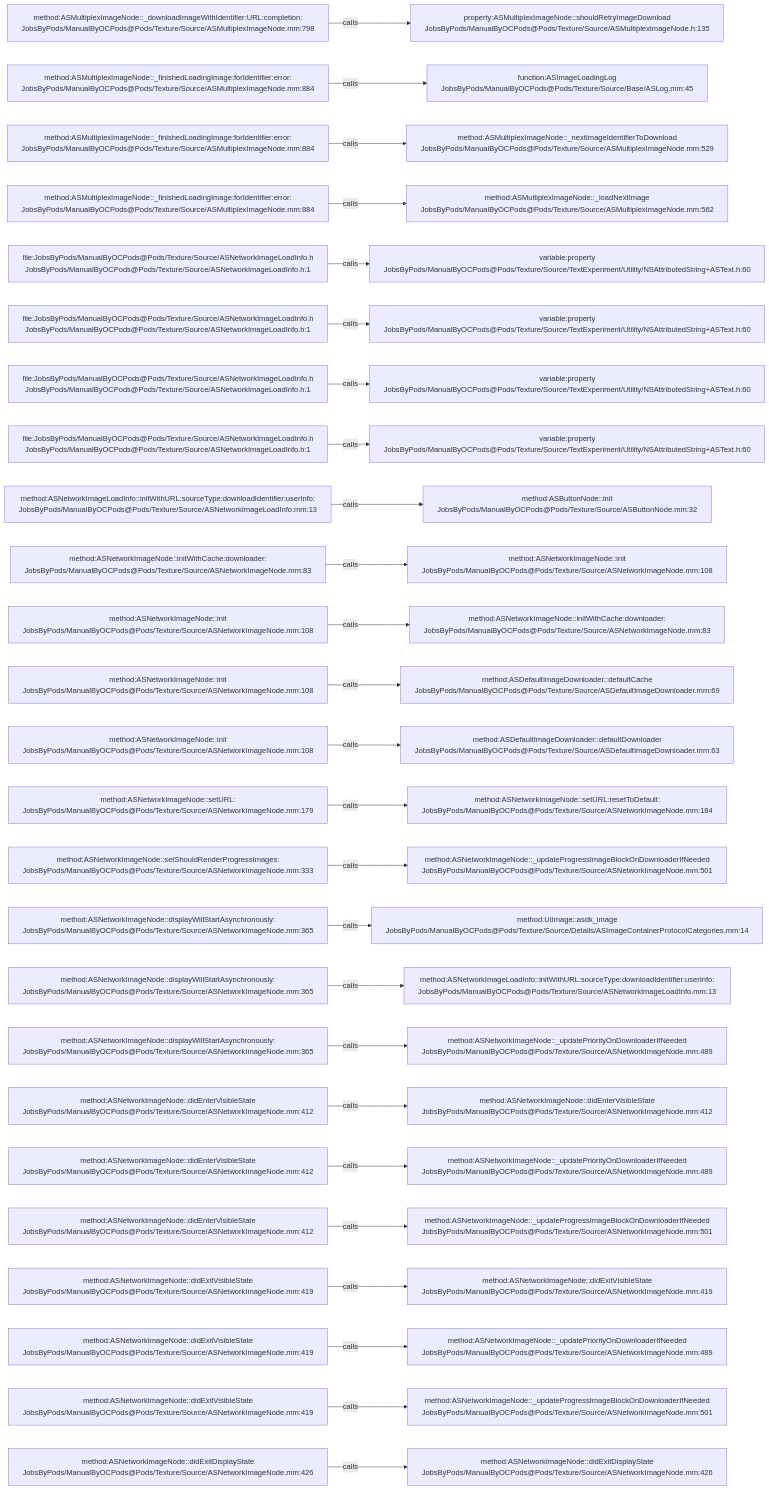
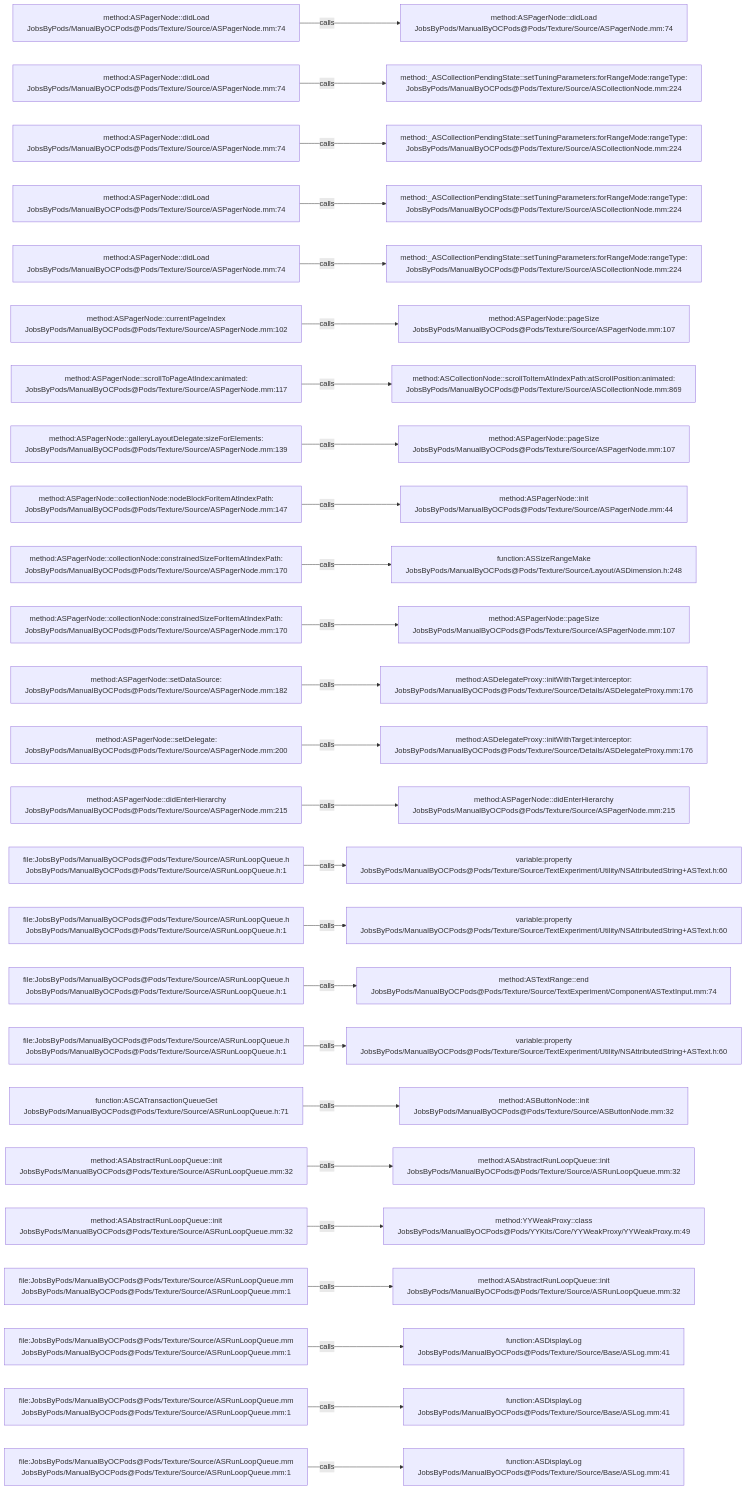
One commit to JobsKits/JobsOCBaseConfigDemo changed the diagram in .codegraph/codegraph.md/graphs/calls-118.md. Above: the diagram before and after it, drawn with Mermaid. The commit also changed 1353 other files, not shown here.

````diff
--- a/.codegraph/codegraph.md/graphs/calls-118.md
+++ b/.codegraph/codegraph.md/graphs/calls-118.md
@@ -13,78 +13,78 @@
 ```mermaid
 flowchart LR
-  S1["method:ASMultiplexImageNode::_downloadImageWithIdentifier:URL:completion:<br/>JobsByPods/ManualByOCPods@Pods/Texture/Source/ASMultiplexImageNode.mm:798"]
-  T1["property:ASMultiplexImageNode::shouldRetryImageDownload<br/>JobsByPods/ManualByOCPods@Pods/Texture/Source/ASMultiplexImageNode.h:135"]
+  S1["method:ASPagerNode::didLoad<br/>JobsByPods/ManualByOCPods@Pods/Texture/Source/ASPagerNode.mm:74"]
+  T1["method:ASPagerNode::didLoad<br/>JobsByPods/ManualByOCPods@Pods/Texture/Source/ASPagerNode.mm:74"]
   S1 -->|calls| T1
-  S2["method:ASMultiplexImageNode::_finishedLoadingImage:forIdentifier:error:<br/>JobsByPods/ManualByOCPods@Pods/Texture/Source/ASMultiplexImageNode.mm:884"]
-  T2["function:ASImageLoadingLog<br/>JobsByPods/ManualByOCPods@Pods/Texture/Source/Base/ASLog.mm:45"]
+  S2["method:ASPagerNode::didLoad<br/>JobsByPods/ManualByOCPods@Pods/Texture/Source/ASPagerNode.mm:74"]
+  T2["method:_ASCollectionPendingState::setTuningParameters:forRangeMode:rangeType:<br/>JobsByPods/ManualByOCPods@Pods/Texture/Source/ASCollectionNode.mm:224"]
   S2 -->|calls| T2
-  S3["method:ASMultiplexImageNode::_finishedLoadingImage:forIdentifier:error:<br/>JobsByPods/ManualByOCPods@Pods/Texture/Source/ASMultiplexImageNode.mm:884"]
-  T3["method:ASMultiplexImageNode::_nextImageIdentifierToDownload<br/>JobsByPods/ManualByOCPods@Pods/Texture/Source/ASMultiplexImageNode.mm:529"]
+  S3["method:ASPagerNode::didLoad<br/>JobsByPods/ManualByOCPods@Pods/Texture/Source/ASPagerNode.mm:74"]
+  T3["method:_ASCollectionPendingState::setTuningParameters:forRangeMode:rangeType:<br/>JobsByPods/ManualByOCPods@Pods/Texture/Source/ASCollectionNode.mm:224"]
   S3 -->|calls| T3
-  S4["method:ASMultiplexImageNode::_finishedLoadingImage:forIdentifier:error:<br/>JobsByPods/ManualByOCPods@Pods/Texture/Source/ASMultiplexImageNode.mm:884"]
-  T4["method:ASMultiplexImageNode::_loadNextImage<br/>JobsByPods/ManualByOCPods@Pods/Texture/Source/ASMultiplexImageNode.mm:562"]
+  S4["method:ASPagerNode::didLoad<br/>JobsByPods/ManualByOCPods@Pods/Texture/Source/ASPagerNode.mm:74"]
+  T4["method:_ASCollectionPendingState::setTuningParameters:forRangeMode:rangeType:<br/>JobsByPods/ManualByOCPods@Pods/Texture/Source/ASCollectionNode.mm:224"]
   S4 -->|calls| T4
-  S5["file:JobsByPods/ManualByOCPods@Pods/Texture/Source/ASNetworkImageLoadInfo.h<br/>JobsByPods/ManualByOCPods@Pods/Texture/Source/ASNetworkImageLoadInfo.h:1"]
-  T5["variable:property<br/>JobsByPods/ManualByOCPods@Pods/Texture/Source/TextExperiment/Utility/NSAttributedString+ASText.h:60"]
+  S5["method:ASPagerNode::didLoad<br/>JobsByPods/ManualByOCPods@Pods/Texture/Source/ASPagerNode.mm:74"]
+  T5["method:_ASCollectionPendingState::setTuningParameters:forRangeMode:rangeType:<br/>JobsByPods/ManualByOCPods@Pods/Texture/Source/ASCollectionNode.mm:224"]
   S5 -->|calls| T5
-  S6["file:JobsByPods/ManualByOCPods@Pods/Texture/Source/ASNetworkImageLoadInfo.h<br/>JobsByPods/ManualByOCPods@Pods/Texture/Source/ASNetworkImageLoadInfo.h:1"]
-  T6["variable:property<br/>JobsByPods/ManualByOCPods@Pods/Texture/Source/TextExperiment/Utility/NSAttributedString+ASText.h:60"]
+  S6["method:ASPagerNode::currentPageIndex<br/>JobsByPods/ManualByOCPods@Pods/Texture/Source/ASPagerNode.mm:102"]
+  T6["method:ASPagerNode::pageSize<br/>JobsByPods/ManualByOCPods@Pods/Texture/Source/ASPagerNode.mm:107"]
   S6 -->|calls| T6
-  S7["file:JobsByPods/ManualByOCPods@Pods/Texture/Source/ASNetworkImageLoadInfo.h<br/>JobsByPods/ManualByOCPods@Pods/Texture/Source/ASNetworkImageLoadInfo.h:1"]
-  T7["variable:property<br/>JobsByPods/ManualByOCPods@Pods/Texture/Source/TextExperiment/Utility/NSAttributedString+ASText.h:60"]
+  S7["method:ASPagerNode::scrollToPageAtIndex:animated:<br/>JobsByPods/ManualByOCPods@Pods/Texture/Source/ASPagerNode.mm:117"]
+  T7["method:ASCollectionNode::scrollToItemAtIndexPath:atScrollPosition:animated:<br/>JobsByPods/ManualByOCPods@Pods/Texture/Source/ASCollectionNode.mm:869"]
   S7 -->|calls| T7
-  S8["file:JobsByPods/ManualByOCPods@Pods/Texture/Source/ASNetworkImageLoadInfo.h<br/>JobsByPods/ManualByOCPods@Pods/Texture/Source/ASNetworkImageLoadInfo.h:1"]
-  T8["variable:property<br/>JobsByPods/ManualByOCPods@Pods/Texture/Source/TextExperiment/Utility/NSAttributedString+ASText.h:60"]
+  S8["method:ASPagerNode::galleryLayoutDelegate:sizeForElements:<br/>JobsByPods/ManualByOCPods@Pods/Texture/Source/ASPagerNode.mm:139"]
+  T8["method:ASPagerNode::pageSize<br/>JobsByPods/ManualByOCPods@Pods/Texture/Source/ASPagerNode.mm:107"]
   S8 -->|calls| T8
-  S9["method:ASNetworkImageLoadInfo::initWithURL:sourceType:downloadIdentifier:userInfo:<br/>JobsByPods/ManualByOCPods@Pods/Texture/Source/ASNetworkImageLoadInfo.mm:13"]
-  T9["method:ASButtonNode::init<br/>JobsByPods/ManualByOCPods@Pods/Texture/Source/ASButtonNode.mm:32"]
+  S9["method:ASPagerNode::collectionNode:nodeBlockForItemAtIndexPath:<br/>JobsByPods/ManualByOCPods@Pods/Texture/Source/ASPagerNode.mm:147"]
+  T9["method:ASPagerNode::init<br/>JobsByPods/ManualByOCPods@Pods/Texture/Source/ASPagerNode.mm:44"]
   S9 -->|calls| T9
-  S10["method:ASNetworkImageNode::initWithCache:downloader:<br/>JobsByPods/ManualByOCPods@Pods/Texture/Source/ASNetworkImageNode.mm:83"]
-  T10["method:ASNetworkImageNode::init<br/>JobsByPods/ManualByOCPods@Pods/Texture/Source/ASNetworkImageNode.mm:108"]
+  S10["method:ASPagerNode::collectionNode:constrainedSizeForItemAtIndexPath:<br/>JobsByPods/ManualByOCPods@Pods/Texture/Source/ASPagerNode.mm:170"]
+  T10["function:ASSizeRangeMake<br/>JobsByPods/ManualByOCPods@Pods/Texture/Source/Layout/ASDimension.h:248"]
   S10 -->|calls| T10
-  S11["method:ASNetworkImageNode::init<br/>JobsByPods/ManualByOCPods@Pods/Texture/Source/ASNetworkImageNode.mm:108"]
-  T11["method:ASNetworkImageNode::initWithCache:downloader:<br/>JobsByPods/ManualByOCPods@Pods/Texture/Source/ASNetworkImageNode.mm:83"]
+  S11["method:ASPagerNode::collectionNode:constrainedSizeForItemAtIndexPath:<br/>JobsByPods/ManualByOCPods@Pods/Texture/Source/ASPagerNode.mm:170"]
+  T11["method:ASPagerNode::pageSize<br/>JobsByPods/ManualByOCPods@Pods/Texture/Source/ASPagerNode.mm:107"]
   S11 -->|calls| T11
-  S12["method:ASNetworkImageNode::init<br/>JobsByPods/ManualByOCPods@Pods/Texture/Source/ASNetworkImageNode.mm:108"]
-  T12["method:ASDefaultImageDownloader::defaultCache<br/>JobsByPods/ManualByOCPods@Pods/Texture/Source/ASDefaultImageDownloader.mm:69"]
+  S12["method:ASPagerNode::setDataSource:<br/>JobsByPods/ManualByOCPods@Pods/Texture/Source/ASPagerNode.mm:182"]
+  T12["method:ASDelegateProxy::initWithTarget:interceptor:<br/>JobsByPods/ManualByOCPods@Pods/Texture/Source/Details/ASDelegateProxy.mm:176"]
   S12 -->|calls| T12
-  S13["method:ASNetworkImageNode::init<br/>JobsByPods/ManualByOCPods@Pods/Texture/Source/ASNetworkImageNode.mm:108"]
-  T13["method:ASDefaultImageDownloader::defaultDownloader<br/>JobsByPods/ManualByOCPods@Pods/Texture/Source/ASDefaultImageDownloader.mm:63"]
+  S13["method:ASPagerNode::setDelegate:<br/>JobsByPods/ManualByOCPods@Pods/Texture/Source/ASPagerNode.mm:200"]
+  T13["method:ASDelegateProxy::initWithTarget:interceptor:<br/>JobsByPods/ManualByOCPods@Pods/Texture/Source/Details/ASDelegateProxy.mm:176"]
   S13 -->|calls| T13
-  S14["method:ASNetworkImageNode::setURL:<br/>JobsByPods/ManualByOCPods@Pods/Texture/Source/ASNetworkImageNode.mm:179"]
-  T14["method:ASNetworkImageNode::setURL:resetToDefault:<br/>JobsByPods/ManualByOCPods@Pods/Texture/Source/ASNetworkImageNode.mm:184"]
+  S14["method:ASPagerNode::didEnterHierarchy<br/>JobsByPods/ManualByOCPods@Pods/Texture/Source/ASPagerNode.mm:215"]
+  T14["method:ASPagerNode::didEnterHierarchy<br/>JobsByPods/ManualByOCPods@Pods/Texture/Source/ASPagerNode.mm:215"]
   S14 -->|calls| T14
-  S15["method:ASNetworkImageNode::setShouldRenderProgressImages:<br/>JobsByPods/ManualByOCPods@Pods/Texture/Source/ASNetworkImageNode.mm:333"]
-  T15["method:ASNetworkImageNode::_updateProgressImageBlockOnDownloaderIfNeeded<br/>JobsByPods/ManualByOCPods@Pods/Texture/Source/ASNetworkImageNode.mm:501"]
+  S15["file:JobsByPods/ManualByOCPods@Pods/Texture/Source/ASRunLoopQueue.h<br/>JobsByPods/ManualByOCPods@Pods/Texture/Source/ASRunLoopQueue.h:1"]
+  T15["variable:property<br/>JobsByPods/ManualByOCPods@Pods/Texture/Source/TextExperiment/Utility/NSAttributedString+ASText.h:60"]
   S15 -->|calls| T15
-  S16["method:ASNetworkImageNode::displayWillStartAsynchronously:<br/>JobsByPods/ManualByOCPods@Pods/Texture/Source/ASNetworkImageNode.mm:365"]
-  T16["method:UIImage::asdk_image<br/>JobsByPods/ManualByOCPods@Pods/Texture/Source/Details/ASImageContainerProtocolCategories.mm:14"]
+  S16["file:JobsByPods/ManualByOCPods@Pods/Texture/Source/ASRunLoopQueue.h<br/>JobsByPods/ManualByOCPods@Pods/Texture/Source/ASRunLoopQueue.h:1"]
+  T16["variable:property<br/>JobsByPods/ManualByOCPods@Pods/Texture/Source/TextExperiment/Utility/NSAttributedString+ASText.h:60"]
   S16 -->|calls| T16
-  S17["method:ASNetworkImageNode::displayWillStartAsynchronously:<br/>JobsByPods/ManualByOCPods@Pods/Texture/Source/ASNetworkImageNode.mm:365"]
-  T17["method:ASNetworkImageLoadInfo::initWithURL:sourceType:downloadIdentifier:userInfo:<br/>JobsByPods/ManualByOCPods@Pods/Texture/Source/ASNetworkImageLoadInfo.mm:13"]
+  S17["file:JobsByPods/ManualByOCPods@Pods/Texture/Source/ASRunLoopQueue.h<br/>JobsByPods/ManualByOCPods@Pods/Texture/Source/ASRunLoopQueue.h:1"]
+  T17["method:ASTextRange::end<br/>JobsByPods/ManualByOCPods@Pods/Texture/Source/TextExperiment/Component/ASTextInput.mm:74"]
   S17 -->|calls| T17
-  S18["method:ASNetworkImageNode::displayWillStartAsynchronously:<br/>JobsByPods/ManualByOCPods@Pods/Texture/Source/ASNetworkImageNode.mm:365"]
-  T18["method:ASNetworkImageNode::_updatePriorityOnDownloaderIfNeeded<br/>JobsByPods/ManualByOCPods@Pods/Texture/Source/ASNetworkImageNode.mm:489"]
+  S18["file:JobsByPods/ManualByOCPods@Pods/Texture/Source/ASRunLoopQueue.h<br/>JobsByPods/ManualByOCPods@Pods/Texture/Source/ASRunLoopQueue.h:1"]
+  T18["variable:property<br/>JobsByPods/ManualByOCPods@Pods/Texture/Source/TextExperiment/Utility/NSAttributedString+ASText.h:60"]
   S18 -->|calls| T18
-  S19["method:ASNetworkImageNode::didEnterVisibleState<br/>JobsByPods/ManualByOCPods@Pods/Texture/Source/ASNetworkImageNode.mm:412"]
-  T19["method:ASNetworkImageNode::didEnterVisibleState<br/>JobsByPods/ManualByOCPods@Pods/Texture/Source/ASNetworkImageNode.mm:412"]
+  S19["function:ASCATransactionQueueGet<br/>JobsByPods/ManualByOCPods@Pods/Texture/Source/ASRunLoopQueue.h:71"]
+  T19["method:ASButtonNode::init<br/>JobsByPods/ManualByOCPods@Pods/Texture/Source/ASButtonNode.mm:32"]
   S19 -->|calls| T19
-  S20["method:ASNetworkImageNode::didEnterVisibleState<br/>JobsByPods/ManualByOCPods@Pods/Texture/Source/ASNetworkImageNode.mm:412"]
-  T20["method:ASNetworkImageNode::_updatePriorityOnDownloaderIfNeeded<br/>JobsByPods/ManualByOCPods@Pods/Texture/Source/ASNetworkImageNode.mm:489"]
+  S20["method:ASAbstractRunLoopQueue::init<br/>JobsByPods/ManualByOCPods@Pods/Texture/Source/ASRunLoopQueue.mm:32"]
+  T20["method:ASAbstractRunLoopQueue::init<br/>JobsByPods/ManualByOCPods@Pods/Texture/Source/ASRunLoopQueue.mm:32"]
   S20 -->|calls| T20
-  S21["method:ASNetworkImageNode::didEnterVisibleState<br/>JobsByPods/ManualByOCPods@Pods/Texture/Source/ASNetworkImageNode.mm:412"]
-  T21["method:ASNetworkImageNode::_updateProgressImageBlockOnDownloaderIfNeeded<br/>JobsByPods/ManualByOCPods@Pods/Texture/Source/ASNetworkImageNode.mm:501"]
+  S21["method:ASAbstractRunLoopQueue::init<br/>JobsByPods/ManualByOCPods@Pods/Texture/Source/ASRunLoopQueue.mm:32"]
+  T21["method:YYWeakProxy::class<br/>JobsByPods/ManualByOCPods@Pods/YYKits/Core/YYWeakProxy/YYWeakProxy.m:49"]
   S21 -->|calls| T21
-  S22["method:ASNetworkImageNode::didExitVisibleState<br/>JobsByPods/ManualByOCPods@Pods/Texture/Source/ASNetworkImageNode.mm:419"]
-  T22["method:ASNetworkImageNode::didExitVisibleState<br/>JobsByPods/ManualByOCPods@Pods/Texture/Source/ASNetworkImageNode.mm:419"]
+  S22["file:JobsByPods/ManualByOCPods@Pods/Texture/Source/ASRunLoopQueue.mm<br/>JobsByPods/ManualByOCPods@Pods/Texture/Source/ASRunLoopQueue.mm:1"]
+  T22["method:ASAbstractRunLoopQueue::init<br/>JobsByPods/ManualByOCPods@Pods/Texture/Source/ASRunLoopQueue.mm:32"]
   S22 -->|calls| T22
-  S23["method:ASNetworkImageNode::didExitVisibleState<br/>JobsByPods/ManualByOCPods@Pods/Texture/Source/ASNetworkImageNode.mm:419"]
-  T23["method:ASNetworkImageNode::_updatePriorityOnDownloaderIfNeeded<br/>JobsByPods/ManualByOCPods@Pods/Texture/Source/ASNetworkImageNode.mm:489"]
+  S23["file:JobsByPods/ManualByOCPods@Pods/Texture/Source/ASRunLoopQueue.mm<br/>JobsByPods/ManualByOCPods@Pods/Texture/Source/ASRunLoopQueue.mm:1"]
+  T23["function:ASDisplayLog<br/>JobsByPods/ManualByOCPods@Pods/Texture/Source/Base/ASLog.mm:41"]
   S23 -->|calls| T23
-  S24["method:ASNetworkImageNode::didExitVisibleState<br/>JobsByPods/ManualByOCPods@Pods/Texture/Source/ASNetworkImageNode.mm:419"]
-  T24["method:ASNetworkImageNode::_updateProgressImageBlockOnDownloaderIfNeeded<br/>JobsByPods/ManualByOCPods@Pods/Texture/Source/ASNetworkImageNode.mm:501"]
+  S24["file:JobsByPods/ManualByOCPods@Pods/Texture/Source/ASRunLoopQueue.mm<br/>JobsByPods/ManualByOCPods@Pods/Texture/Source/ASRunLoopQueue.mm:1"]
+  T24["function:ASDisplayLog<br/>JobsByPods/ManualByOCPods@Pods/Texture/Source/Base/ASLog.mm:41"]
   S24 -->|calls| T24
-  S25["method:ASNetworkImageNode::didExitDisplayState<br/>JobsByPods/ManualByOCPods@Pods/Texture/Source/ASNetworkImageNode.mm:426"]
-  T25["method:ASNetworkImageNode::didExitDisplayState<br/>JobsByPods/ManualByOCPods@Pods/Texture/Source/ASNetworkImageNode.mm:426"]
+  S25["file:JobsByPods/ManualByOCPods@Pods/Texture/Source/ASRunLoopQueue.mm<br/>JobsByPods/ManualByOCPods@Pods/Texture/Source/ASRunLoopQueue.mm:1"]
+  T25["function:ASDisplayLog<br/>JobsByPods/ManualByOCPods@Pods/Texture/Source/Base/ASLog.mm:41"]
   S25 -->|calls| T25
 ```
````
